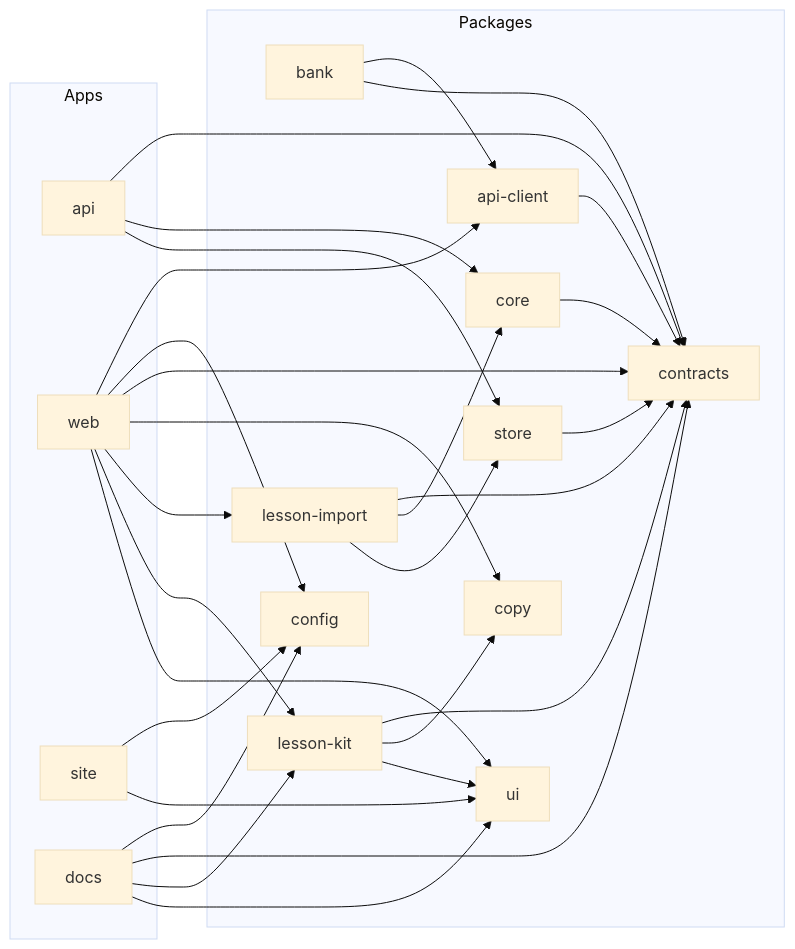
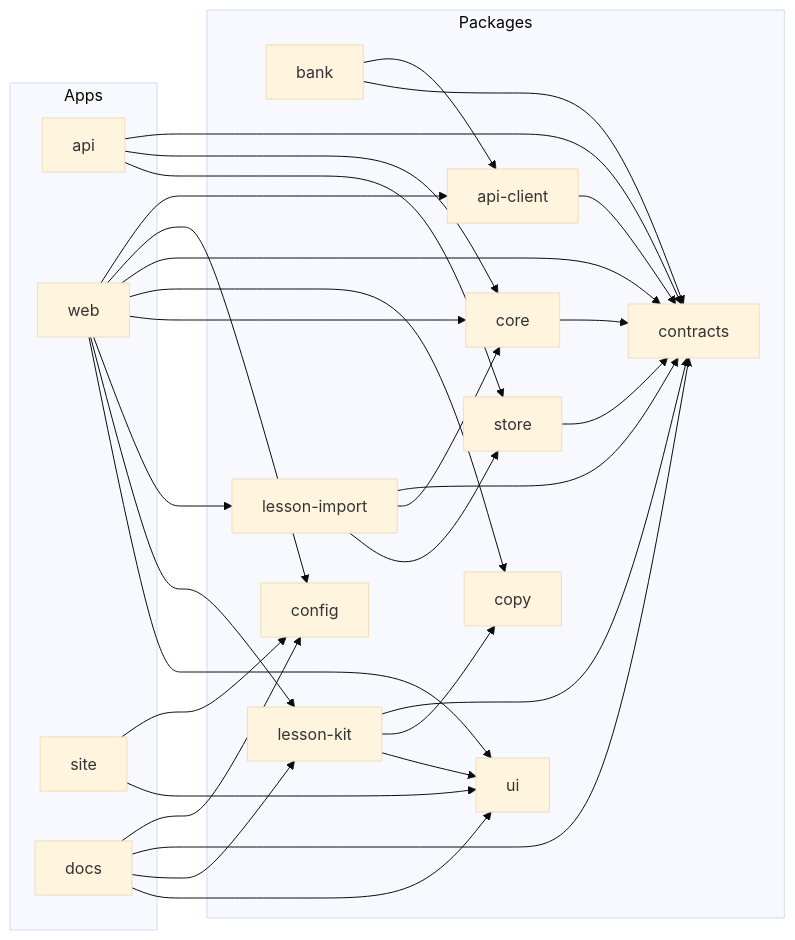
The diagram in apps/docs/src/content/docs/architecture/monorepo.md (vasyl-stanislavchuk/jadwigo-hackathon), drawn with Mermaid (base theme) before and after one commit. The commit also changed 13 other files, not shown here.

````diff
--- a/apps/docs/src/content/docs/architecture/monorepo.md
+++ b/apps/docs/src/content/docs/architecture/monorepo.md
@@ -20,48 +20,49 @@
 ```mermaid
 flowchart LR
   subgraph apps [Apps]
     api
     web
     site
     docs
   end
   subgraph packages [Packages]
     api_client["api-client"]
     bank
     config
     contracts
     copy
     core
     lesson_import["lesson-import"]
     lesson_kit["lesson-kit"]
     store
     ui
   end
   api --> contracts
   api --> core
   api --> store
   web --> api_client
   web --> config
   web --> contracts
   web --> copy
+  web --> core
   web --> lesson_import
   web --> lesson_kit
   web --> ui
   site --> config
   site --> ui
   docs --> config
   docs --> contracts
   docs --> lesson_kit
   docs --> ui
   api_client --> contracts
   bank --> api_client
   bank --> contracts
   core --> contracts
   lesson_import --> contracts
   lesson_import --> core
   lesson_import --> store
   lesson_kit --> contracts
   lesson_kit --> copy
   lesson_kit --> ui
   store --> contracts
 ```
````
